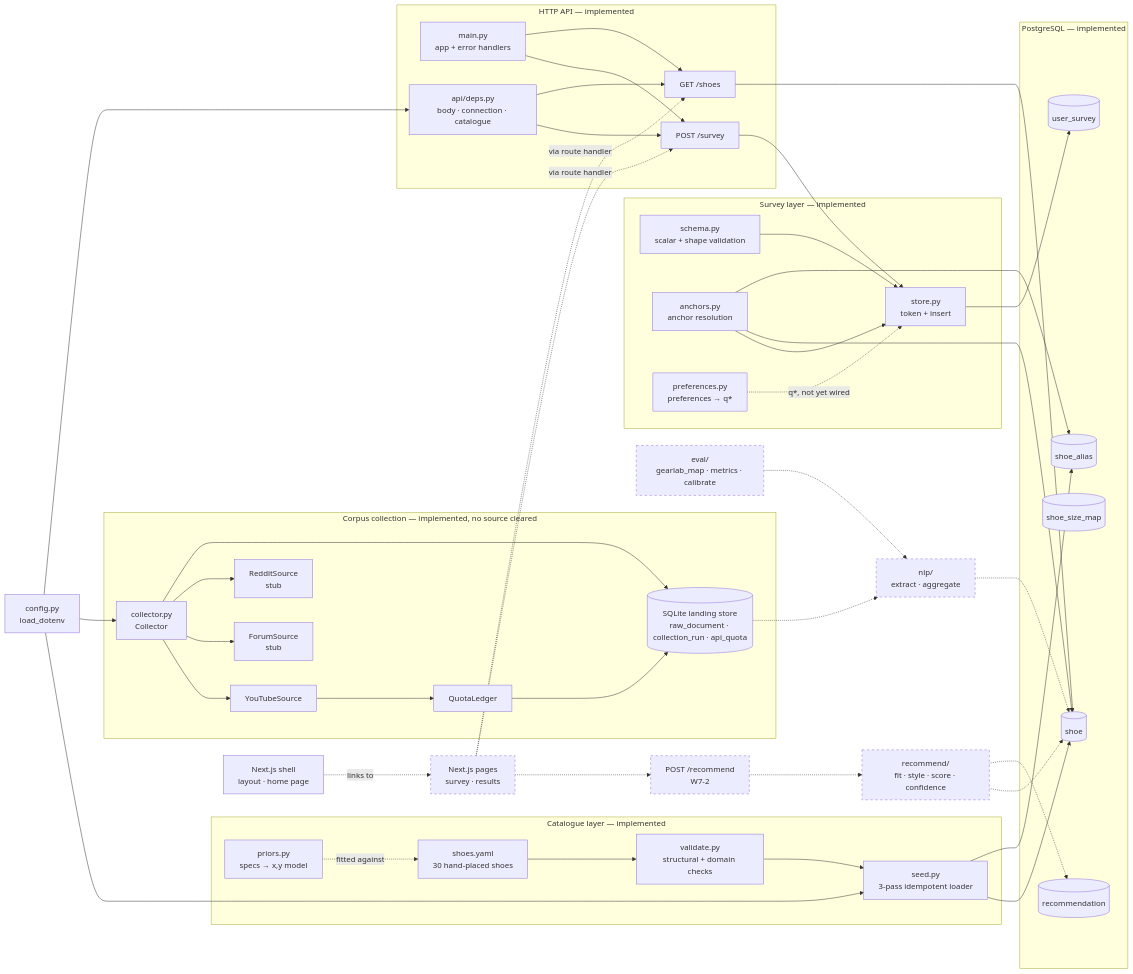
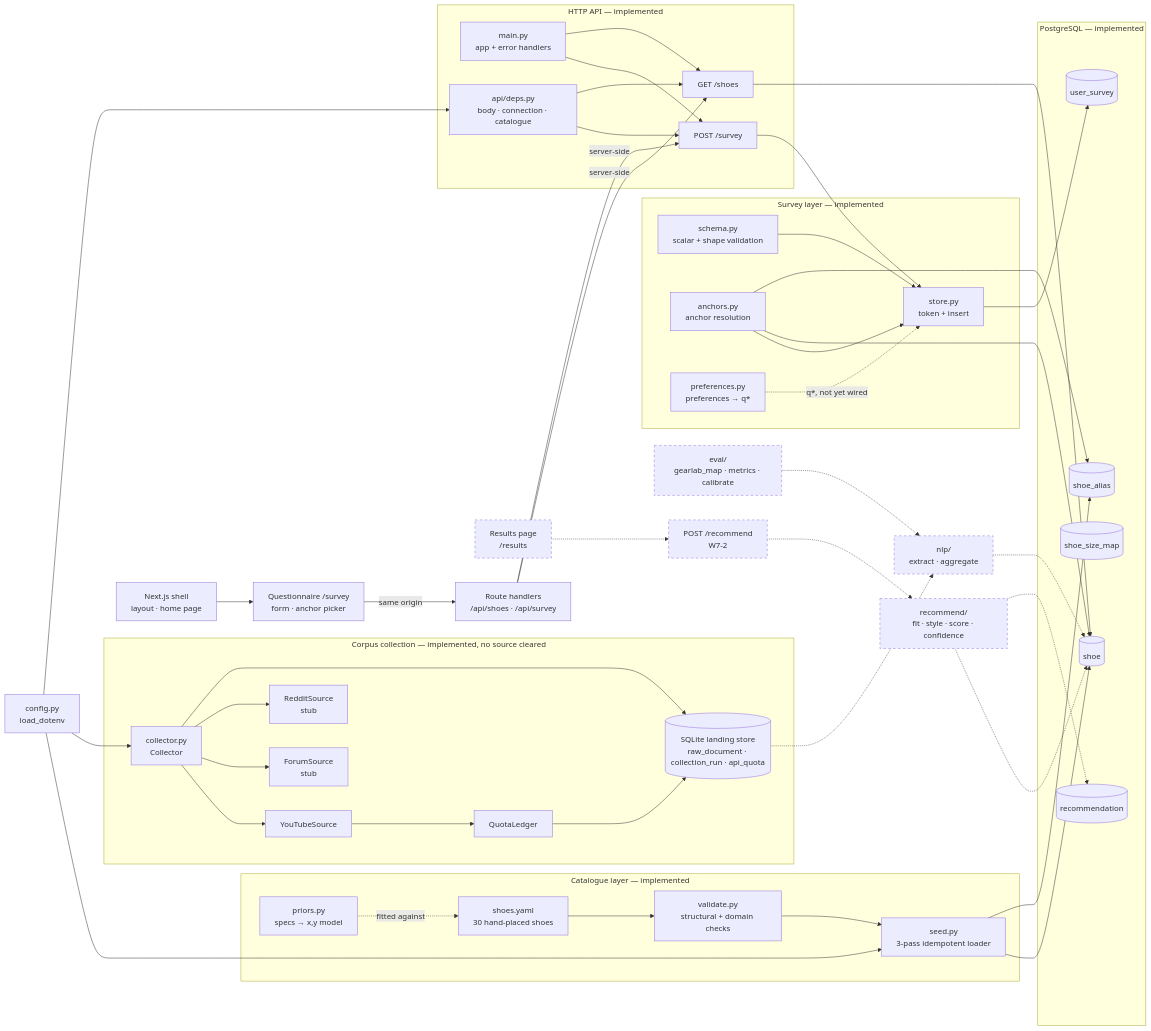
The first of 2 diagrams in docs/ARCHITECTURE.md (barlu3/CruxUp), drawn with Mermaid before and after one commit. The commit also changed other lines of this file and 2 other files, not shown here.

First line of the commit message:
W6-1-C: document the questionnaire and relay; mark W6-1 done

```diff
--- a/docs/ARCHITECTURE.md
+++ b/docs/ARCHITECTURE.md
@@ -99,11 +100,14 @@
   NLP[nlp/<br/>extract · aggregate]:::planned
   EVAL[eval/<br/>gearlab_map · metrics · calibrate]:::planned
   SHELL[Next.js shell<br/>layout · home page]
-  WEB[Next.js pages<br/>survey · results]:::planned
+  SURVEYUI[Questionnaire /survey<br/>form · anchor picker]
+  RELAY[Route handlers<br/>/api/shoes · /api/survey]
+  WEB[Results page<br/>/results]:::planned
 
-  SHELL -. links to .-> WEB
-  WEB -.->|via route handler| RSURV
-  WEB -.->|via route handler| RSHOE
+  SHELL --> SURVEYUI
+  SURVEYUI -->|same origin| RELAY
+  RELAY -->|server-side| RSHOE
+  RELAY -->|server-side| RSURV
   WEB -.-> RREC -.-> SCORE -.-> SHOE
   SCORE -.-> REC
   LAND -.-> NLP -.-> SHOE
```
